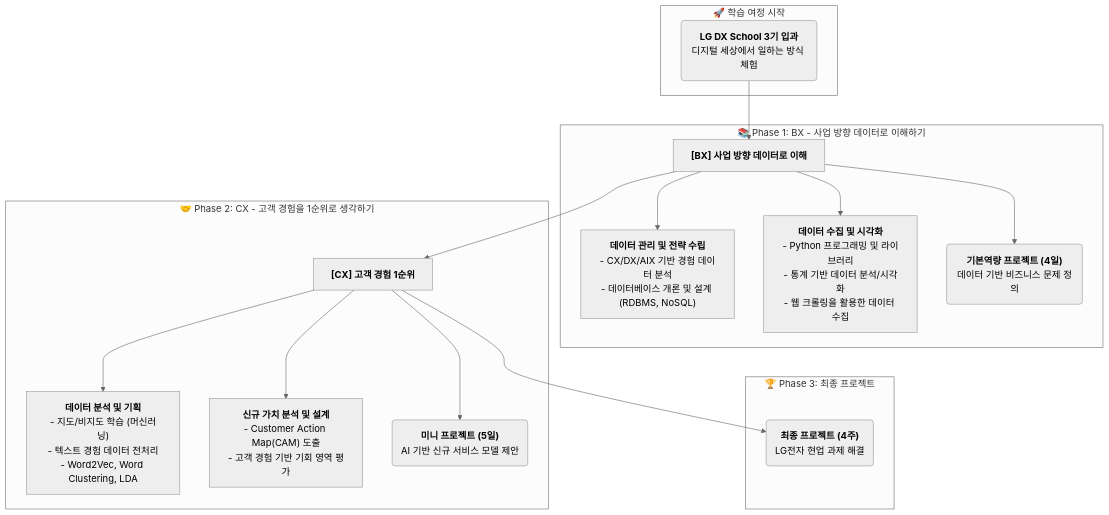
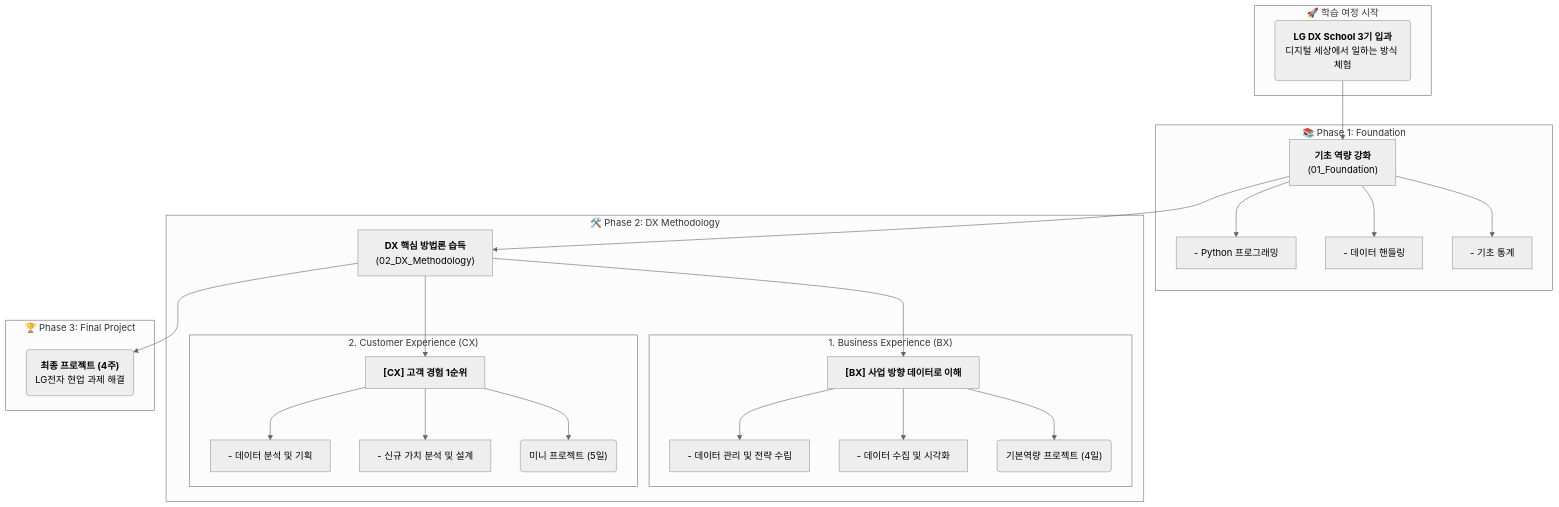
One commit to positivemultiplier/LG_DX_school changed the diagram in learning_roadmap.md. Above: the diagram before and after it, drawn with Mermaid (neutral theme). The commit also changed other lines of this file, not shown here.

Commit message:
docs: Update learning_roadmap.md to align with DX structure

````diff
--- a/learning_roadmap.md
+++ b/learning_roadmap.md
@@ -5,26 +5,39 @@
 ```mermaid
 graph TD
     subgraph "🚀 학습 여정 시작"
         A("<strong>LG DX School 3기 입과</strong><br/>디지털 세상에서 일하는 방식 체험")
     end
 
-    subgraph "📚 Phase 1: BX - 사업 방향 데이터로 이해하기"
-        B["<strong>[BX] 사업 방향 데이터로 이해</strong>"]
-        B --> B1["<strong>데이터 관리 및 전략 수립</strong><br/>- CX/DX/AIX 기반 경험 데이터 분석<br/>- 데이터베이스 개론 및 설계 (RDBMS, NoSQL)"]
-        B --> B2["<strong>데이터 수집 및 시각화</strong><br/>- Python 프로그래밍 및 라이브러리<br/>- 통계 기반 데이터 분석/시각화<br/>- 웹 크롤링을 활용한 데이터 수집"]
-        B --> P1("<strong>기본역량 프로젝트 (4일)</strong><br/>데이터 기반 비즈니스 문제 정의")
+    subgraph "📚 Phase 1: Foundation"
+        F["<strong>기초 역량 강화</strong><br/>(01_Foundation)"]
+        F --> F1["- Python 프로그래밍"]
+        F --> F2["- 데이터 핸들링"]
+        F --> F3["- 기초 통계"]
     end
 
-    subgraph "🤝 Phase 2: CX - 고객 경험을 1순위로 생각하기"
-        C["<strong>[CX] 고객 경험 1순위</strong>"]
-        C --> C1["<strong>데이터 분석 및 기획</strong><br/>- 지도/비지도 학습 (머신러닝)<br/>- 텍스트 경험 데이터 전처리<br/>- Word2Vec, Word Clustering, LDA"]
-        C --> C2["<strong>신규 가치 분석 및 설계</strong><br/>- Customer Action Map(CAM) 도출<br/>- 고객 경험 기반 기회 영역 평가"]
-        C --> P2("<strong>미니 프로젝트 (5일)</strong><br/>AI 기반 신규 서비스 모델 제안")
+    subgraph "🛠️ Phase 2: DX Methodology"
+        DX["<strong>DX 핵심 방법론 습득</strong><br/>(02_DX_Methodology)"]
+        
+        subgraph "1. Business Experience (BX)"
+            B["<strong>[BX] 사업 방향 데이터로 이해</strong>"]
+            B --> B1["- 데이터 관리 및 전략 수립"]
+            B --> B2["- 데이터 수집 및 시각화"]
+            B --> P1("기본역량 프로젝트 (4일)")
+        end
+
+        subgraph "2. Customer Experience (CX)"
+            C["<strong>[CX] 고객 경험 1순위</strong>"]
+            C --> C1["- 데이터 분석 및 기획"]
+            C --> C2["- 신규 가치 분석 및 설계"]
+            C --> P2("미니 프로젝트 (5일)")
+        end
+
+        DX --> B & C
     end
 
-    subgraph "🏆 Phase 3: 최종 프로젝트"
+    subgraph "🏆 Phase 3: Final Project"
         D("<strong>최종 프로젝트 (4주)</strong><br/>LG전자 현업 과제 해결")
     end
 
-    A --> B --> C --> D
+    A --> F --> DX --> D
 ``` 
````
